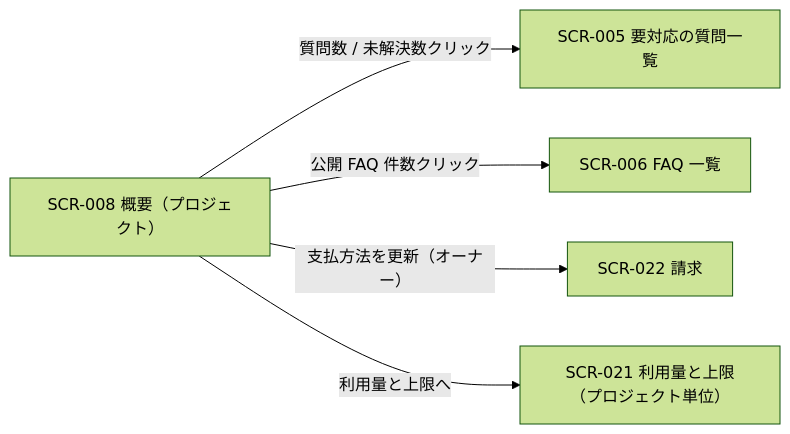
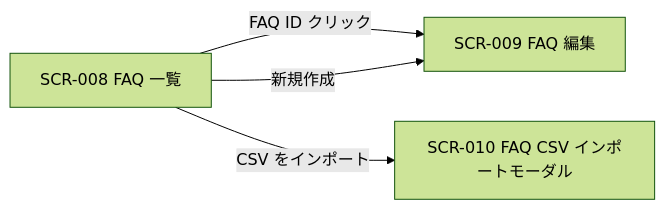
Before and after one commit to sikakou54/open-faq: the diagram in 02_basic_design/01_screens/SCR-008.md, drawn with Mermaid (forest theme). The commit also changed other lines of this file and 617 other files, not shown here.

````diff
--- a/02_basic_design/01_screens/SCR-008.md
+++ b/02_basic_design/01_screens/SCR-008.md
@@ -36,12 +37,9 @@
 ```mermaid
 flowchart LR
-  S8["SCR-008 概要（プロジェクト）"]
-  S5["SCR-005 要対応の質問一覧"]
-  S6["SCR-006 FAQ 一覧"]
-  S22["SCR-022 請求"]
-  S21["SCR-021 利用量と上限（プロジェクト単位）"]
-  S8 -->|質問数 / 未解決数クリック| S5
-  S8 -->|公開 FAQ 件数クリック| S6
-  S8 -->|支払方法を更新（オーナー）| S22
-  S8 -->|利用量と上限へ| S21
+  S1["SCR-008 FAQ 一覧"]
+  S2["SCR-009 FAQ 編集"]
+  S3["SCR-010 FAQ CSV インポートモーダル"]
+  S1 -->|FAQ ID クリック| S2
+  S1 -->|新規作成| S2
+  S1 -->|CSV をインポート| S3
 ```
````
